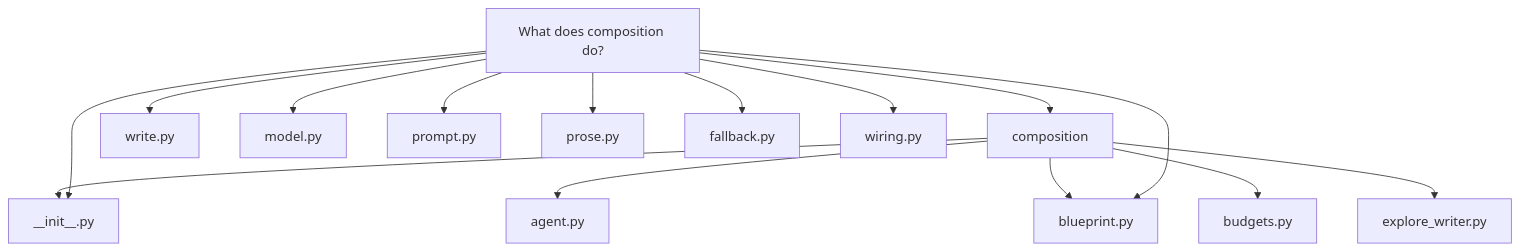
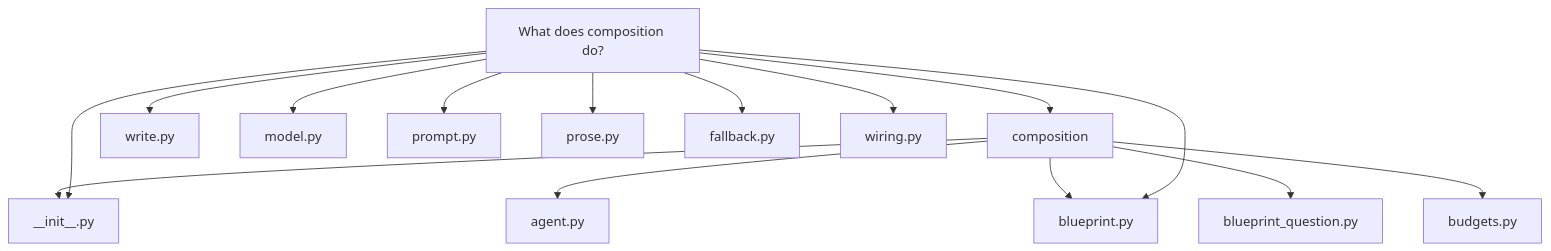
The third of 4 diagrams in docs/component-composition-e6f778c7.md (norandom/DocuHarnessX), drawn with Mermaid before and after one commit. The commit also changed other lines of this file and 20 other files, not shown here.

First line of the commit message:
feat(architect-narrative): trim summaries for the depth-1 layer

````diff
--- a/docs/component-composition-e6f778c7.md
+++ b/docs/component-composition-e6f778c7.md
@@ -95,30 +91,30 @@
 ```mermaid
 flowchart TB
   n0["What does composition do?"]
   n1["composition"]
   n2["__init__.py"]
   n3["agent.py"]
   n4["blueprint.py"]
-  n5["budgets.py"]
-  n6["explore_writer.py"]
+  n5["blueprint_question.py"]
+  n6["budgets.py"]
   n7["write.py"]
   n8["model.py"]
   n9["prompt.py"]
   n10["prose.py"]
   n11["fallback.py"]
   n12["wiring.py"]
   n0 --> n1
   n1 --> n2
   n1 --> n3
   n1 --> n4
   n1 --> n5
   n1 --> n6
   n0 --> n2
   n0 --> n7
   n0 --> n4
   n0 --> n8
   n0 --> n9
   n0 --> n10
   n0 --> n11
   n0 --> n12
 ```
````
